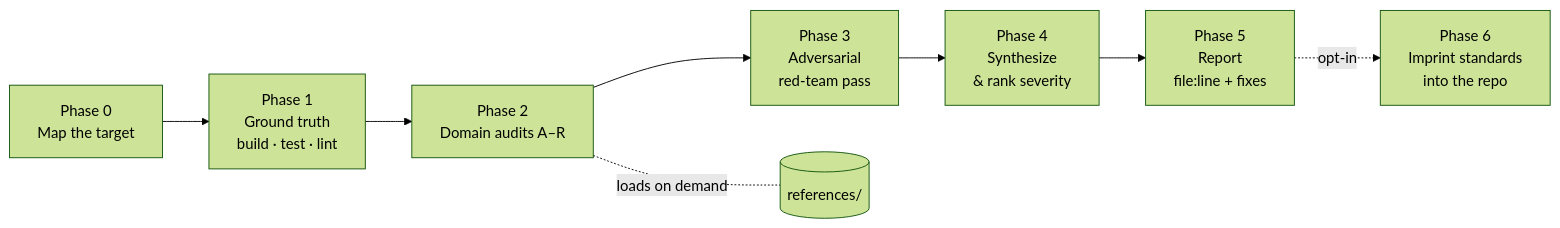
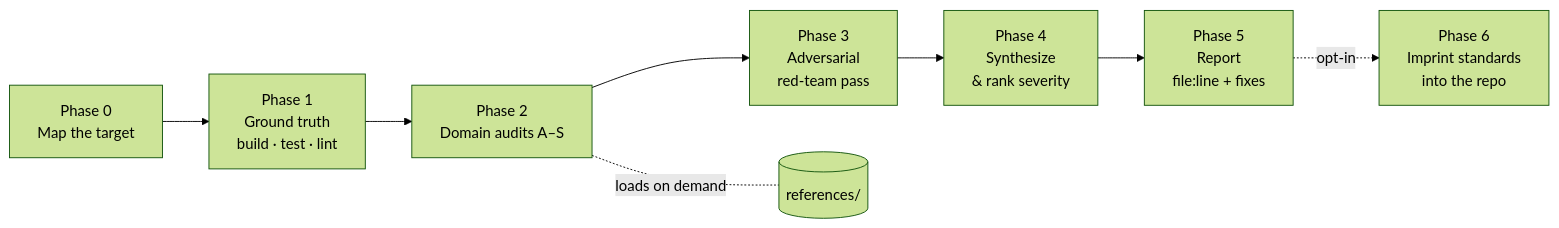
The diagram in README.md (remigiusz-antczak/deep-code-review), drawn with Mermaid (forest theme) before and after one commit. The commit also changed other lines of this file and 4 other files, not shown here.

````diff
--- a/README.md
+++ b/README.md
@@ -105,10 +106,10 @@
 ```mermaid
 flowchart LR
   P0[Phase 0<br/>Map the target] --> P1[Phase 1<br/>Ground truth<br/>build · test · lint]
-  P1 --> P2[Phase 2<br/>Domain audits A–R]
+  P1 --> P2[Phase 2<br/>Domain audits A–S]
   P2 --> P3[Phase 3<br/>Adversarial<br/>red-team pass]
   P3 --> P4[Phase 4<br/>Synthesize<br/>& rank severity]
   P4 --> P5[Phase 5<br/>Report<br/>file:line + fixes]
   P5 -.opt-in.-> P6[Phase 6<br/>Imprint standards<br/>into the repo]
   P2 -. loads on demand .- R[(references/)]
 ```
````
